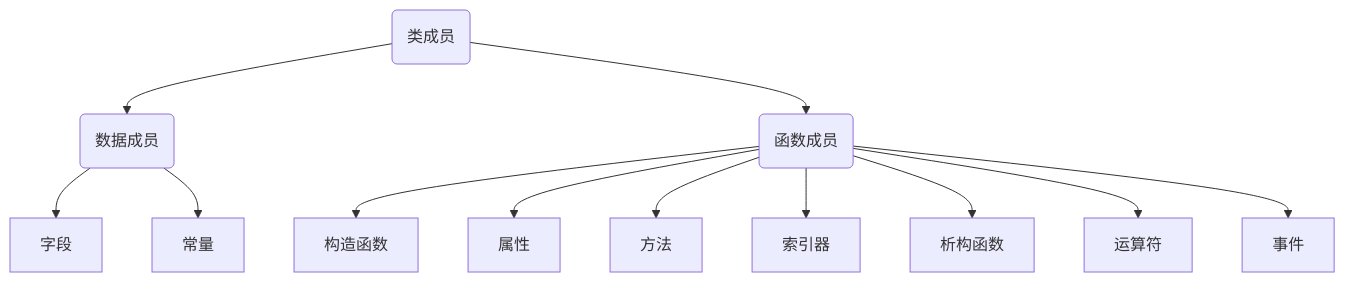
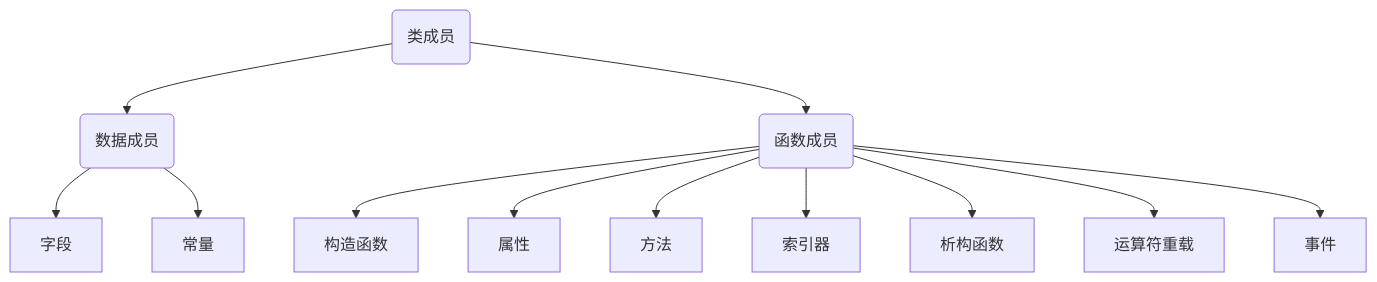
The diagram in 面向对象.md (xiaoYoc/CSharp-Learning-Notes-In-a-Nutshell), drawn with Mermaid before and after one commit. The commit also changed other lines of this file and 5 other files, not shown here.

````diff
--- a/面向对象.md
+++ b/面向对象.md
@@ -35,14 +35,14 @@
 ```mermaid
 flowchart TD
 X(类成员)-->A
 X -->B
 A(数据成员)--> 字段
 A --> 常量
 B(函数成员)-->构造函数
 B --> 属性
 B-->方法
 B-->索引器
 B-->析构函数
-B-->运算符
+B-->运算符重载
 B-->事件
 ```
````
